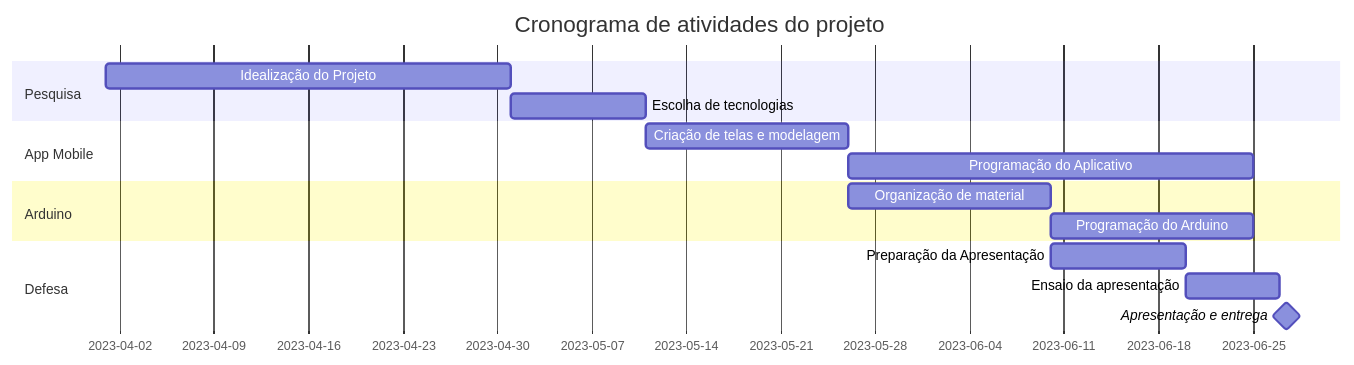
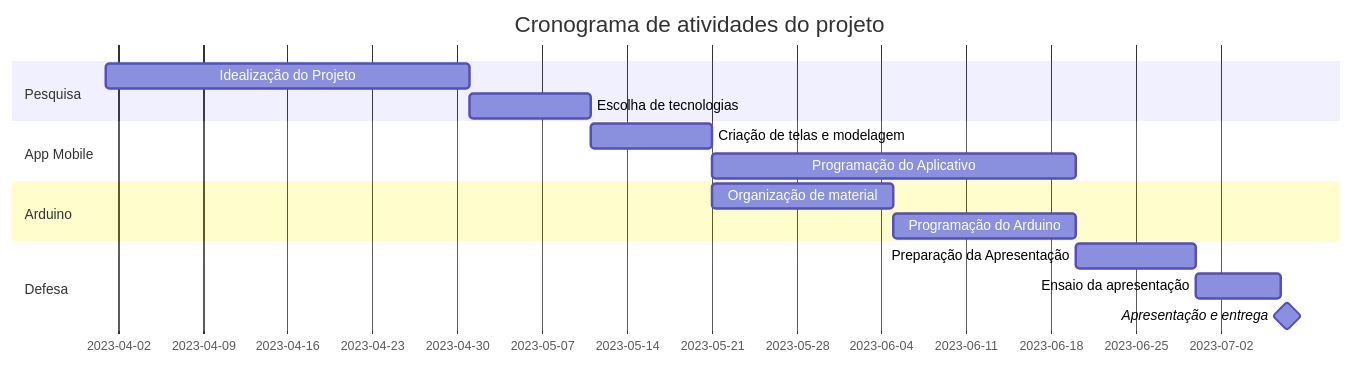
Before and after one commit to JVictor1012/Plant-Care-Projeto-Integrador: the diagram in README.md, drawn with Mermaid.

````diff
--- a/README.md
+++ b/README.md
@@ -13,22 +13,22 @@
 ```mermaid
     gantt
     title Cronograma de atividades do projeto
     dateFormat  YYYY-MM-DD
     section Pesquisa 
     Idealização do Projeto      :a1, 2023-04-01, 30d
     Escolha de tecnologias      :a2, after a1, 10d
     
     section App Mobile
-    Criação de telas e modelagem      :b1, after a2 , 15d
+    Criação de telas e modelagem      :b1, after a2 , 10d
     Programação do Aplicativo         :b2, after b1 , 30d
     
     section Arduino
     Organização de material         :c1, after b1, 15d
     Programação do Arduino          :c2, after c1, 15d
 
     
     section Defesa
-    Preparação da Apresentação :p1, after c1, 10d
+    Preparação da Apresentação :p1, after b2, 10d
     Ensaio da apresentação :p2, after p1, 7d
     Apresentação e entrega  :milestone, after p2, 1d
 ```
````
